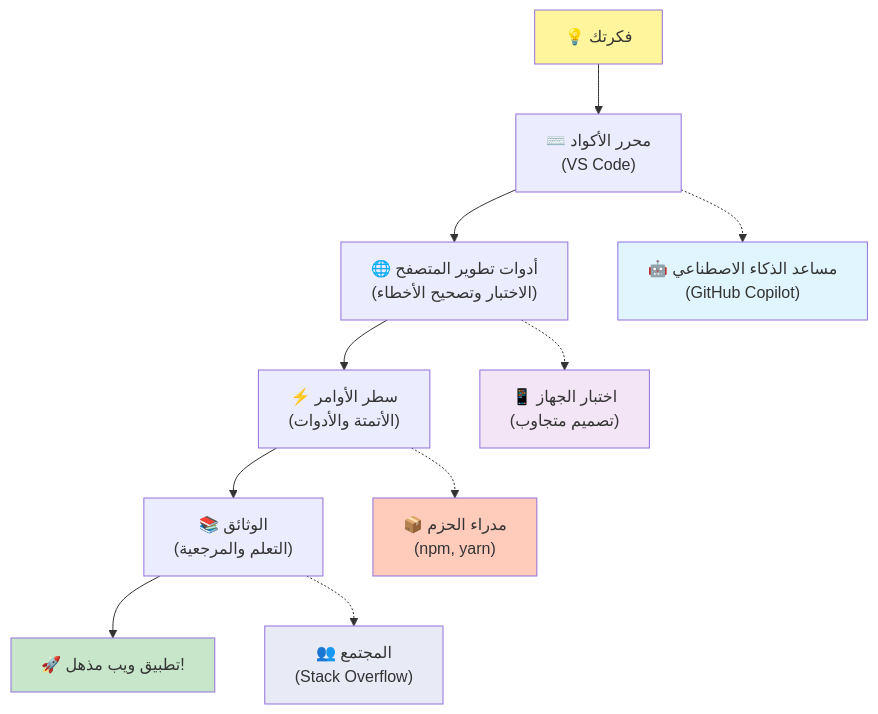
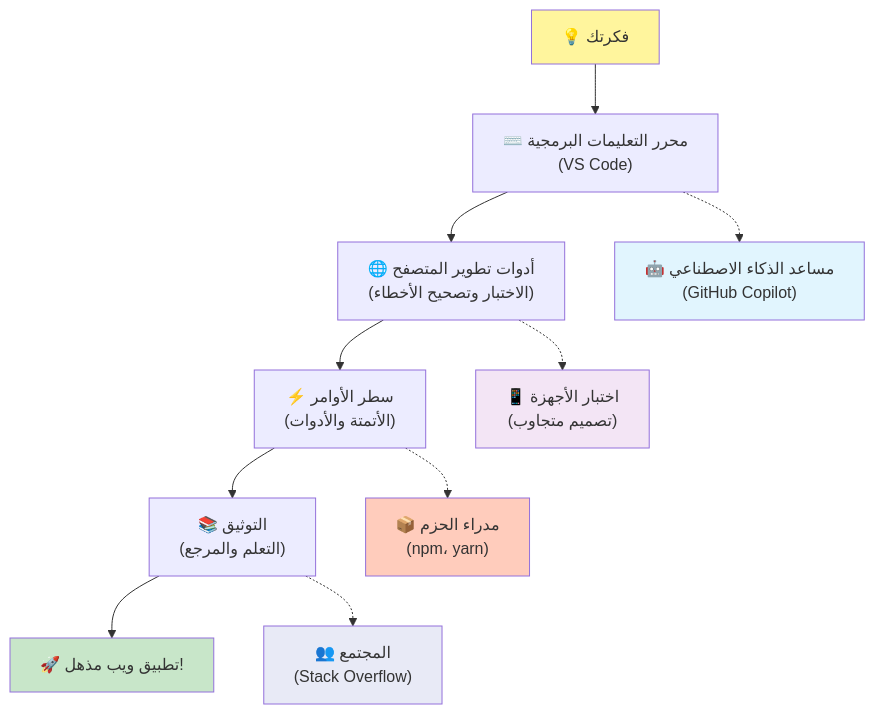
Before and after one commit to microsoft/Web-Dev-For-Beginners: the fifth of 7 diagrams in translations/ar/1-getting-started-lessons/1-intro-to-programming-languages/README.md, drawn with Mermaid. The commit also changed other lines of this file and 8 other files, not shown here.

````diff
--- a/translations/ar/1-getting-started-lessons/1-intro-to-programming-languages/README.md
+++ b/translations/ar/1-getting-started-lessons/1-intro-to-programming-languages/README.md
@@ -487,20 +486,20 @@
 ```mermaid
 graph TD
-    A["💡 فكرتك"] --> B["⌨️ محرر الأكواد<br/>(VS Code)"] 
+    A["💡 فكرتك"] --> B["⌨️ محرر التعليمات البرمجية<br/>(VS Code)"] 
     B --> C["🌐 أدوات تطوير المتصفح<br/>(الاختبار وتصحيح الأخطاء)"]
     C --> D["⚡ سطر الأوامر<br/>(الأتمتة والأدوات)"]
-    D --> E["📚 الوثائق<br/>(التعلم والمرجعية)"]
+    D --> E["📚 التوثيق<br/>(التعلم والمرجع)"]
     E --> F["🚀 تطبيق ويب مذهل!"]
     
     B -.-> G["🤖 مساعد الذكاء الاصطناعي<br/>(GitHub Copilot)"]
-    C -.-> H["📱 اختبار الجهاز<br/>(تصميم متجاوب)"]
-    D -.-> I["📦 مدراء الحزم<br/>(npm, yarn)"]
+    C -.-> H["📱 اختبار الأجهزة<br/>(تصميم متجاوب)"]
+    D -.-> I["📦 مدراء الحزم<br/>(npm، yarn)"]
     E -.-> J["👥 المجتمع<br/>(Stack Overflow)"]
     
     style A fill:#fff59d
     style F fill:#c8e6c9
     style G fill:#e1f5fe
     style H fill:#f3e5f5
     style I fill:#ffccbc
     style J fill:#e8eaf6
-```  
+```
````
